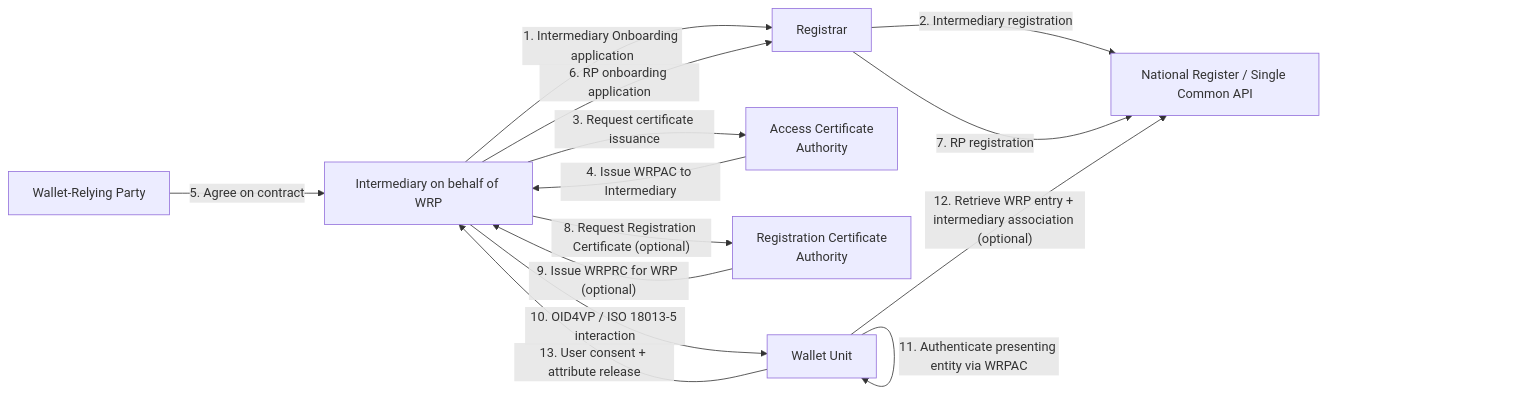
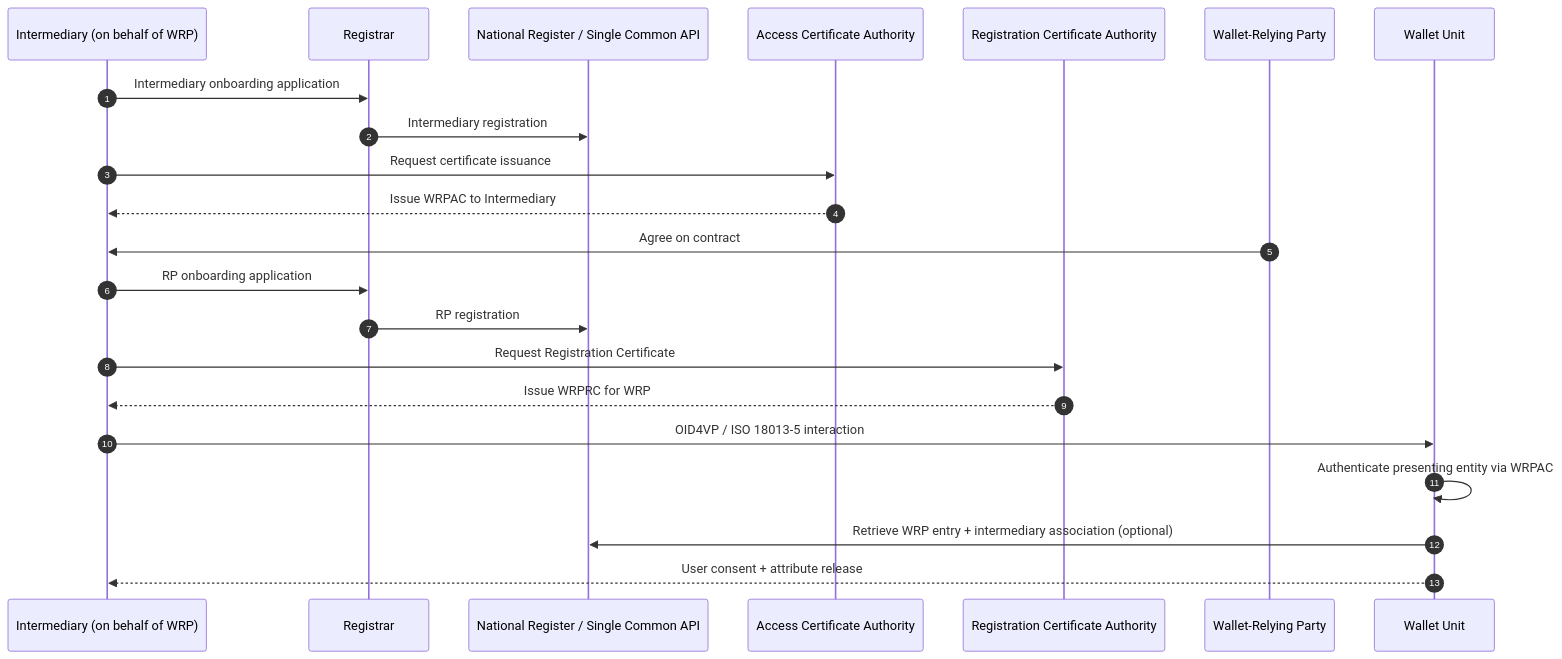
The second of 3 diagrams in topics/registry.md (APTITUDE-Consortium/wp2-trust-specifications), drawn with Mermaid before and after one commit. The commit also changed other lines of this file, not shown here.

`````diff
--- a/topics/registry.md
+++ b/topics/registry.md
@@ -57,35 +88,35 @@
 ````mermaid
-flowchart LR
-  INT[Intermediary on behalf of WRP]
-  REG[Registrar]
-  NREG[National Register / Single Common API]
-  ACA[Access Certificate <br> Authority]
-  REGCA[Registration Certificate <br> Authority]
-  WRP[Wallet-Relying Party]
-  WAL[Wallet Unit]
-  
-  %% Onboarding & registration
-  INT -->|1. Intermediary Onboarding application| REG
-  REG -->|2. Intermediary registration| NREG
-  
-  %% Certificate issuance
-  INT -->|3. Request certificate issuance| ACA
-  ACA -->|4. Issue WRPAC to Intermediary| INT
+sequenceDiagram
+  autonumber
+  participant INT as Intermediary (on behalf of WRP)
+  participant REG as Registrar
+  participant NREG as National Register / Single Common API
+  participant ACA as Access Certificate Authority
+  participant REGCA as Registration Certificate Authority
+  participant WRP as Wallet-Relying Party
+  participant WAL as Wallet Unit
 
-  %% Contractual agreement
-  WRP -->|5. Agree on contract| INT
-  INT -->|6. RP onboarding application| REG
-  REG -->|7. RP registration| NREG
+%% Onboarding & registration (Intermediary)
+  INT->>REG: Intermediary onboarding application
+  REG->>NREG: Intermediary registration
 
-  INT -->|"8. Request Registration Certificate (optional)"| REGCA
-  REGCA -->|"9. Issue WRPRC for WRP (optional)"| INT
-  
-  %% Wallet interaction
-  INT -->|10. OID4VP / ISO 18013-5 interaction| WAL
-  WAL -->|11. Authenticate presenting entity via WRPAC| WAL
-  WAL -->|"12. Retrieve WRP entry + intermediary association (optional)"| NREG
-  WAL -->|13. User consent + attribute release| INT
+%% Certificate issuance (Intermediary)
+  INT->>ACA: Request certificate issuance
+  ACA-->>INT: Issue WRPAC to Intermediary
 
+%% Contractual agreement + WRP onboarding
+  WRP->>INT: Agree on contract
+  INT->>REG: RP onboarding application
+  REG->>NREG: RP registration
 
+%% Registration certificate (optional)
+  INT->>REGCA: Request Registration Certificate
+  REGCA-->>INT: Issue WRPRC for WRP 
+
+%% Wallet interaction
+  INT->>WAL: OID4VP / ISO 18013-5 interaction
+  WAL->>WAL: Authenticate presenting entity via WRPAC
+  WAL->>NREG: Retrieve WRP entry + intermediary association (optional)
+  WAL-->>INT: User consent + attribute release
 
 ````
`````
